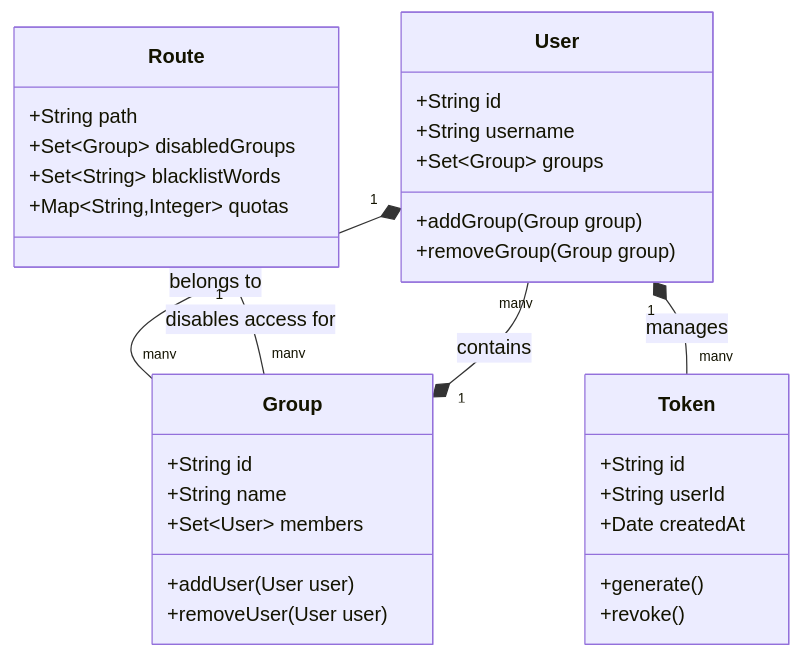
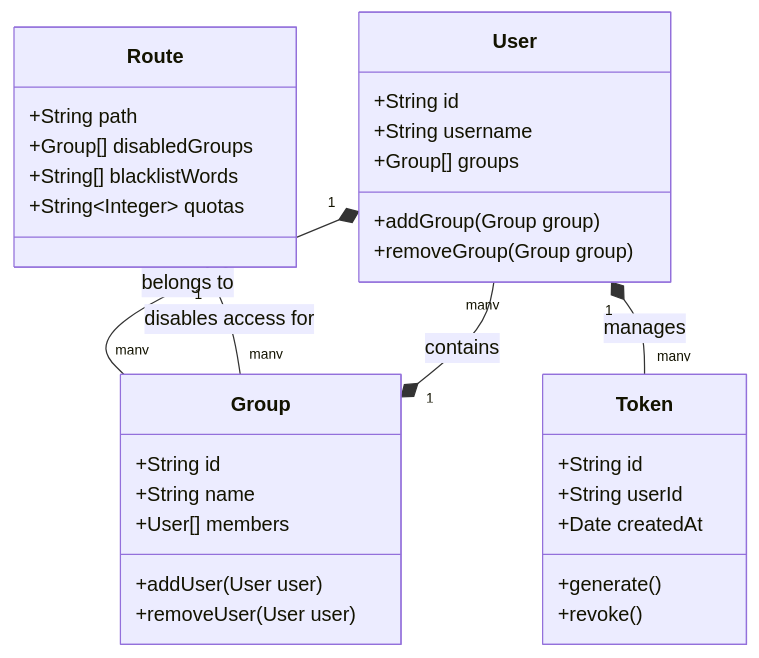
The second of 2 diagrams in docs/technical.md (scampion/burgonet-gateway), drawn with Mermaid before and after one commit. The commit also changed 8 other files, not shown here.

````diff
--- a/docs/technical.md
+++ b/docs/technical.md
@@ -22,38 +22,38 @@
 ```mermaid
 classDiagram
     class User {
         +String id
         +String username
-        +Set~Group~ groups
+        +Group[] groups
         +addGroup(Group group)
         +removeGroup(Group group)
     }
 
     class Group {
         +String id
         +String name
-        +Set~User~ members
+        +User[] members
         +addUser(User user)
         +removeUser(User user)
     }
 
     class Token {
         +String id
         +String userId
         +Date createdAt
         +generate()
         +revoke()
     }
 
     class Route {
         +String path
-        +Set~Group~ disabledGroups
-        +Set~String~ blacklistWords
-        +Map~String,Integer~ quotas
+        +Group[] disabledGroups
+        +String[] blacklistWords
+        +String~Integer~ quotas
     }
 
     User "1" *-- "many" Group : belongs to
     Group "1" *-- "many" User : contains
     User "1" *-- "many" Token : manages
     Route "1" *-- "many" Group : disables access for
 ```
````
